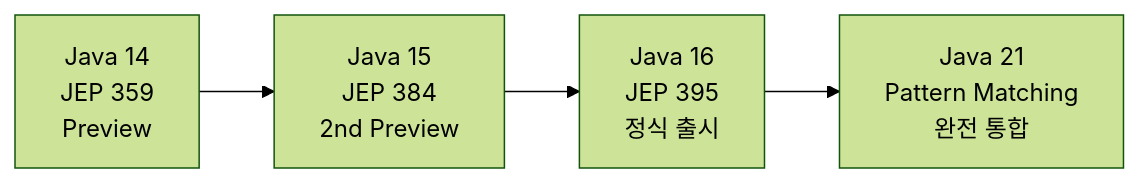
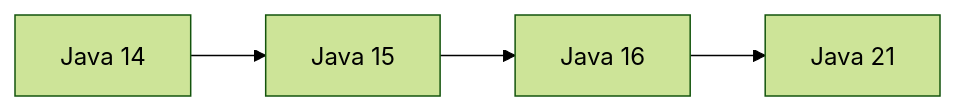
The first of 2 diagrams in _posts/java/2026-05-12-java-record.md (yjkim2015/yjkim2015.github.io), drawn with Mermaid (forest theme) before and after one commit. The commit also changed other lines of this file and 245 other files, not shown here.

First line of the commit message:
Mermaid 다이어그램 전면 수정 + 면접 포인트 접기/펼치기 + DB 데드락 페이지

````diff
--- a/_posts/java/2026-05-12-java-record.md
+++ b/_posts/java/2026-05-12-java-record.md
@@ -72,6 +72,6 @@
 ```mermaid
 graph LR
-    A["Java 14\nJEP 359\nPreview"] --> B["Java 15\nJEP 384\n2nd Preview"]
-    B --> C["Java 16\nJEP 395\n정식 출시"]
-    C --> D["Java 21\nPattern Matching\n완전 통합"]
+    A["Java 14"] --> B["Java 15"]
+    B --> C["Java 16"]
+    C --> D["Java 21"]
 ```
````
